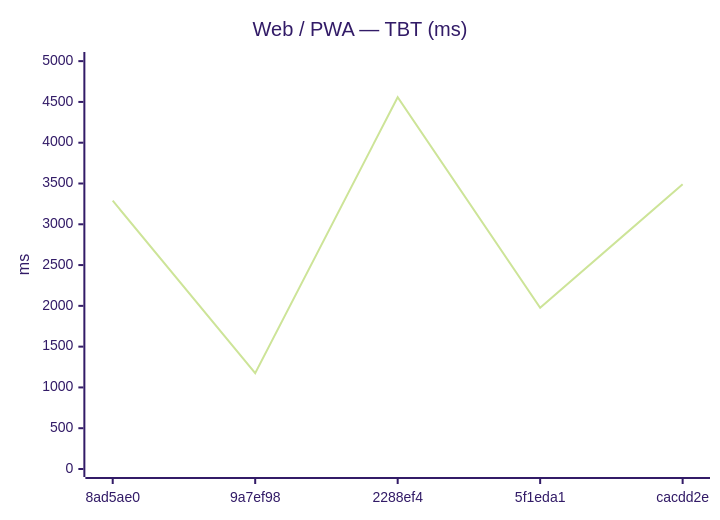
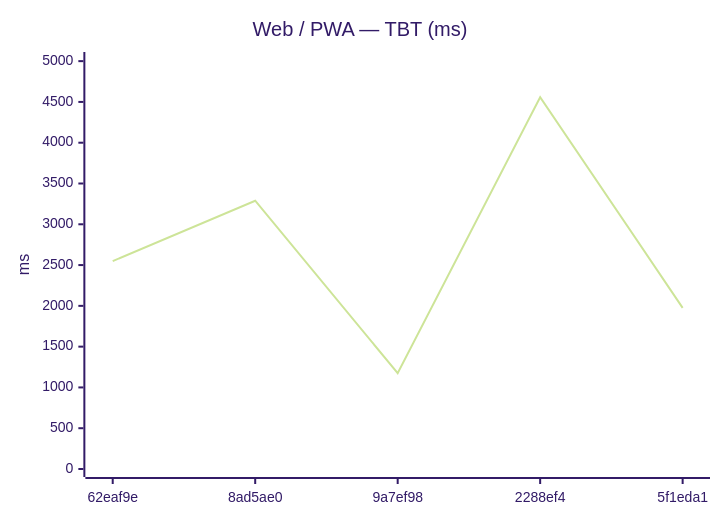
Before and after one commit to Metaheurist/Rianell: the sixth of 12 diagrams in benchmarks/compare.md, drawn with Mermaid (forest theme). The commit also changed other lines of this file and 8 other files, not shown here.

````diff
--- a/benchmarks/compare.md
+++ b/benchmarks/compare.md
@@ -89,7 +89,7 @@
 ```mermaid
 xychart-beta
     title "Web / PWA — TBT (ms)"
-    x-axis ["8ad5ae0", "9a7ef98", "2288ef4", "5f1eda1", "cacdd2e"]
+    x-axis ["62eaf9e", "8ad5ae0", "9a7ef98", "2288ef4", "5f1eda1"]
     y-axis "ms" 0 --> 5014
-    line [3289, 1175, 4558, 1976, 3491]
+    line [2549, 3289, 1175, 4558, 1976]
 ```
````
